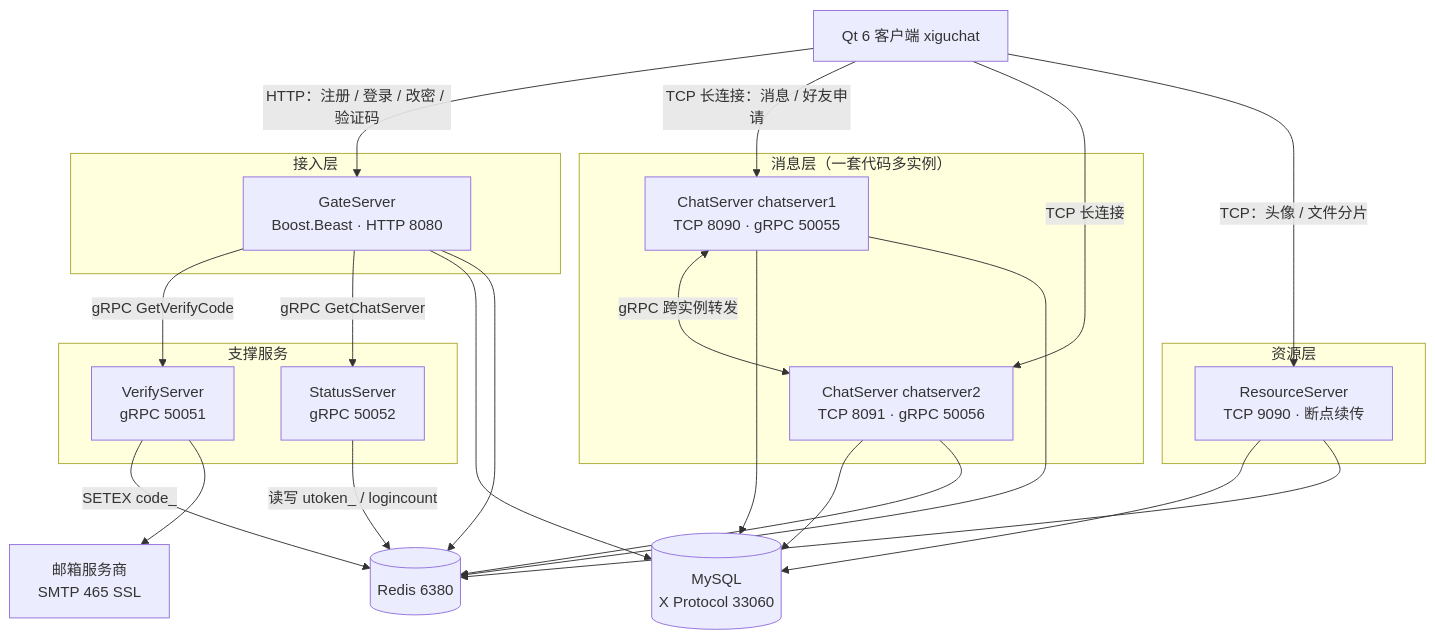
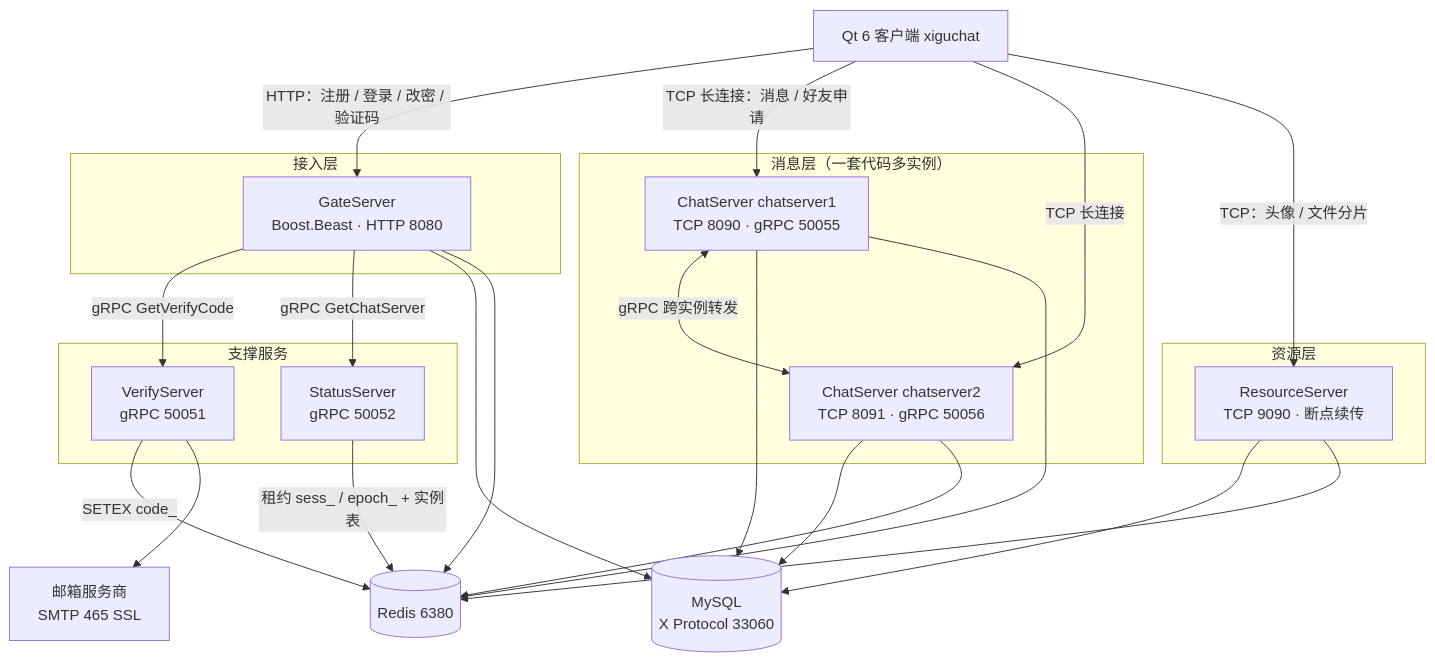
Before and after one commit to yrc920/yunjian: the diagram in README.md, drawn with Mermaid. The commit also changed other lines of this file and 73 other files, not shown here.

````diff
--- a/README.md
+++ b/README.md
@@ -47,49 +48,49 @@
 ```mermaid
 flowchart TB
     Client["Qt 6 客户端 xiguchat"]
 
     subgraph access["接入层"]
         Gate["GateServer<br/>Boost.Beast · HTTP 8080"]
     end
 
     subgraph auxiliary["支撑服务"]
         Verify["VerifyServer<br/>gRPC 50051"]
         Status["StatusServer<br/>gRPC 50052"]
     end
 
     subgraph message["消息层（一套代码多实例）"]
         Chat1["ChatServer chatserver1<br/>TCP 8090 · gRPC 50055"]
         Chat2["ChatServer chatserver2<br/>TCP 8091 · gRPC 50056"]
     end
 
     subgraph resource["资源层"]
         Res["ResourceServer<br/>TCP 9090 · 断点续传"]
     end
 
     Redis[("Redis 6380")]
     MySQL[("MySQL<br/>X Protocol 33060")]
     Mail["邮箱服务商<br/>SMTP 465 SSL"]
 
     Client -->|"HTTP：注册 / 登录 / 改密 / 验证码"| Gate
     Client -->|"TCP 长连接：消息 / 好友申请"| Chat1
     Client -->|"TCP 长连接"| Chat2
     Client -->|"TCP：头像 / 文件分片"| Res
 
     Gate -->|"gRPC GetVerifyCode"| Verify
     Gate -->|"gRPC GetChatServer"| Status
     Gate --> MySQL
     Gate --> Redis
 
     Verify -->|"SETEX code_"| Redis
     Verify --> Mail
 
-    Status -->|"读写 utoken_ / logincount"| Redis
+    Status -->|"租约 sess_ / epoch_ + 实例表"| Redis
 
     Chat1 <-->|"gRPC 跨实例转发"| Chat2
     Chat1 --> MySQL
     Chat1 --> Redis
     Chat2 --> MySQL
     Chat2 --> Redis
     Res --> MySQL
     Res --> Redis
 ```
````
